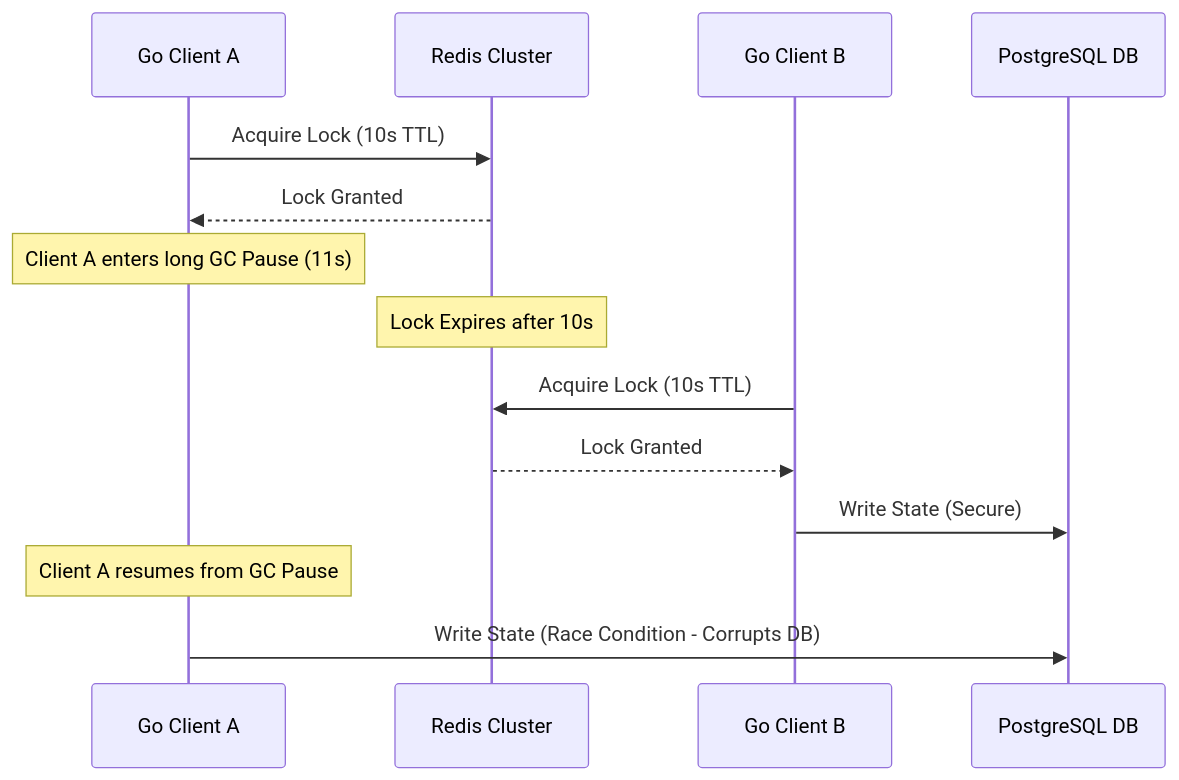
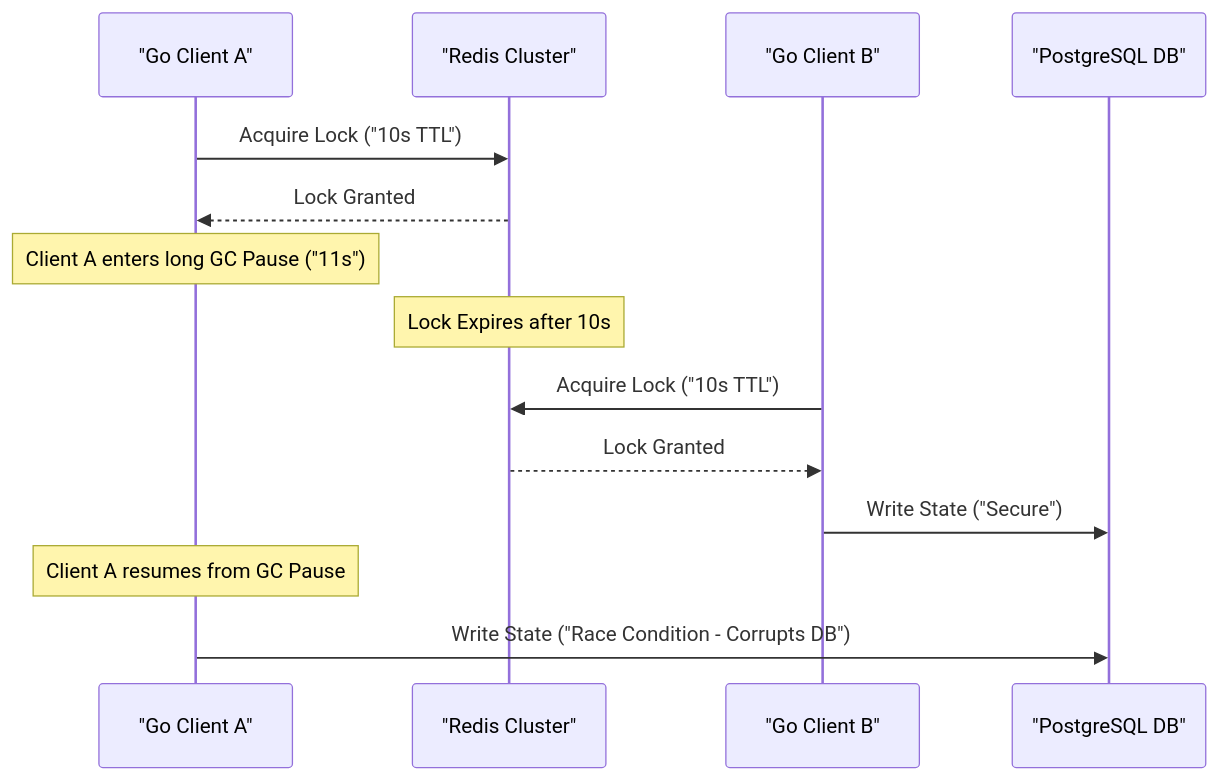
Before and after one commit to vesviet/vesviet: the second of 2 diagrams in content/series/high-concurrency-systems/article_8_distributed_locking.md, drawn with Mermaid. The commit also changed other lines of this file and 331 other files, not shown here.

````diff
--- a/content/series/high-concurrency-systems/article_8_distributed_locking.md
+++ b/content/series/high-concurrency-systems/article_8_distributed_locking.md
@@ -106,17 +106,17 @@
 ```mermaid
 sequenceDiagram
-    participant Client_A as Go Client A
-    participant Redis as Redis Cluster
-    participant Client_B as Go Client B
-    participant DB as PostgreSQL DB
+    participant Client_A as "Go Client A"
+    participant Redis as "Redis Cluster"
+    participant Client_B as "Go Client B"
+    participant DB as "PostgreSQL DB"
 
-    Client_A->>Redis: Acquire Lock (10s TTL)
+    Client_A->>Redis: Acquire Lock ("10s TTL")
     Redis-->>Client_A: Lock Granted
-    Note over Client_A: Client A enters long GC Pause (11s)
+    Note over Client_A: Client A enters long GC Pause ("11s")
     Note over Redis: Lock Expires after 10s
-    Client_B->>Redis: Acquire Lock (10s TTL)
+    Client_B->>Redis: Acquire Lock ("10s TTL")
     Redis-->>Client_B: Lock Granted
-    Client_B->>DB: Write State (Secure)
+    Client_B->>DB: Write State ("Secure")
     Note over Client_A: Client A resumes from GC Pause
-    Client_A->>DB: Write State (Race Condition - Corrupts DB)
+    Client_A->>DB: Write State ("Race Condition - Corrupts DB")
 ```
````
